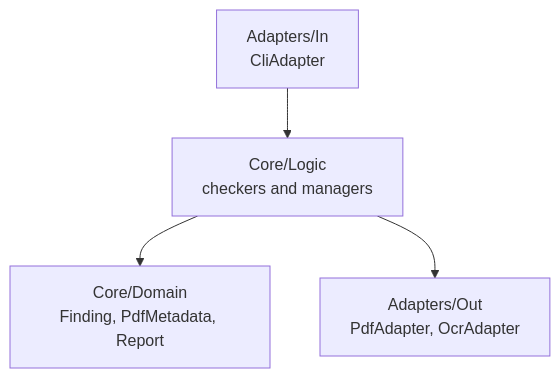
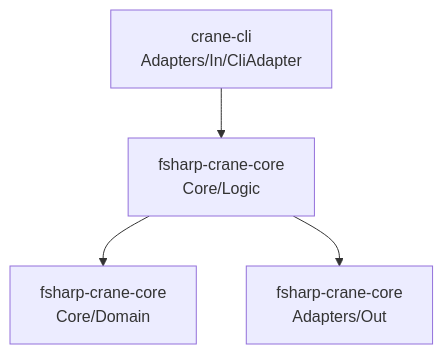
One commit to wahidyankf/open-sharia-fintech changed the second of 2 diagrams in specs/apps/crane/cli/architecture.md. Above: the diagram before and after it, drawn with Mermaid. The commit also changed other lines of this file and 2403 other files, not shown here.

````diff
--- a/specs/apps/crane/cli/architecture.md
+++ b/specs/apps/crane/cli/architecture.md
@@ -39,6 +39,6 @@
 ```mermaid
 flowchart TD
-    IN[Adapters/In<br/>CliAdapter] --> LOGIC[Core/Logic<br/>checkers and managers]
-    LOGIC --> DOMAIN[Core/Domain<br/>Finding, PdfMetadata, Report]
-    LOGIC --> OUT[Adapters/Out<br/>PdfAdapter, OcrAdapter]
+    IN[crane-cli<br/>Adapters/In/CliAdapter] --> LOGIC[fsharp-crane-core<br/>Core/Logic]
+    LOGIC --> DOMAIN[fsharp-crane-core<br/>Core/Domain]
+    LOGIC --> OUT[fsharp-crane-core<br/>Adapters/Out]
 ```
````
